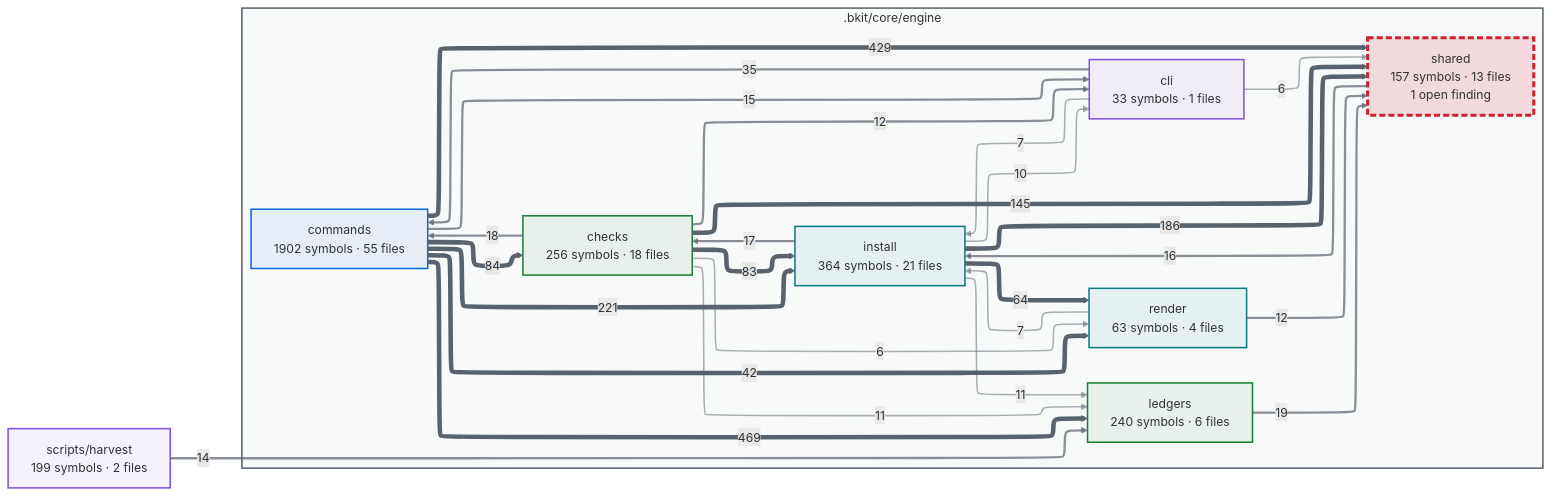
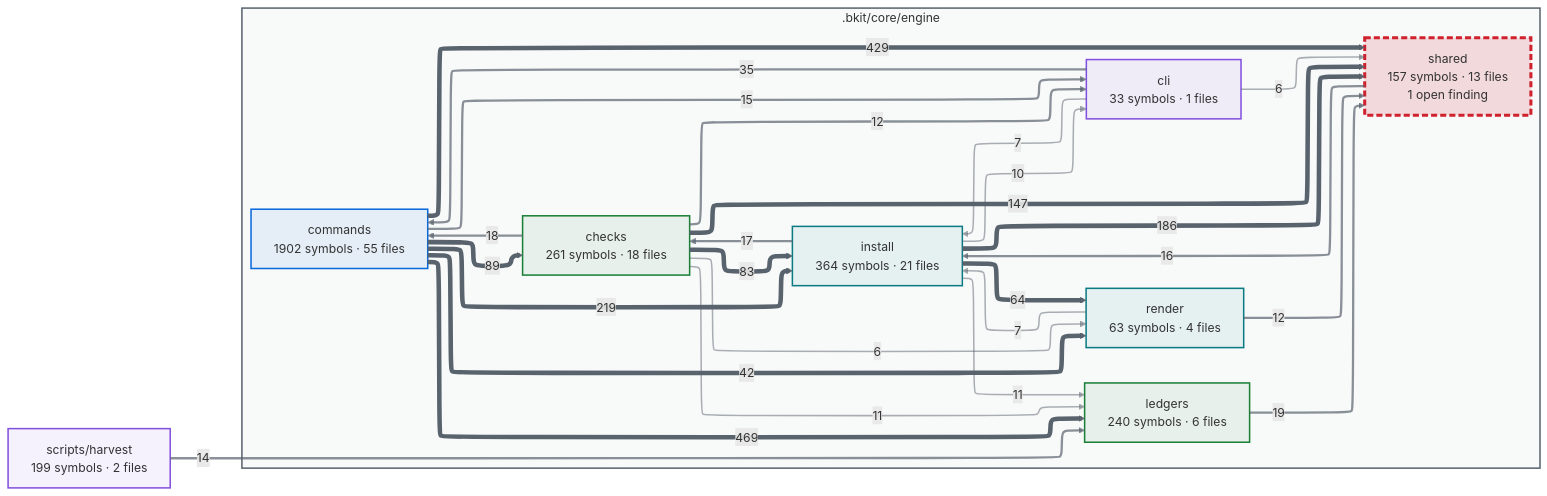
Before and after one commit to cbartens/bkit: the first of 2 diagrams in docs/capabilities.md, drawn with Mermaid. The commit also changed other lines of this file and 163 other files, not shown here.

````diff
--- a/docs/capabilities.md
+++ b/docs/capabilities.md
@@ -154,80 +154,80 @@
 ```mermaid
 ---
 config:
   layout: elk
   themeCSS: "marker { overflow: visible; } marker path { transform: scale(1.8); transform-origin: 5px 5px; }"
   flowchart:
     useMaxWidth: false
 ---
 flowchart LR
   %% Generated by bkit-graphify-rollup.py — do not edit
   subgraph gn_bkit_core_engine[".bkit/core/engine"]
-    n_bkit_core_engine_checks["checks<br/>256 symbols · 18 files"]
+    n_bkit_core_engine_checks["checks<br/>261 symbols · 18 files"]
     n_bkit_core_engine_cli["cli<br/>33 symbols · 1 files"]
     n_bkit_core_engine_commands["commands<br/>1902 symbols · 55 files"]
     n_bkit_core_engine_install["install<br/>364 symbols · 21 files"]
     n_bkit_core_engine_ledgers["ledgers<br/>240 symbols · 6 files"]
     n_bkit_core_engine_render["render<br/>63 symbols · 4 files"]
     n_bkit_core_engine_shared["shared<br/>157 symbols · 13 files<br/>1 open finding"]
   end
   nscripts_harvest["scripts/harvest<br/>199 symbols · 2 files"]
   n_bkit_core_engine_commands -->|469| n_bkit_core_engine_ledgers
   n_bkit_core_engine_commands -->|429| n_bkit_core_engine_shared
-  n_bkit_core_engine_commands -->|221| n_bkit_core_engine_install
+  n_bkit_core_engine_commands -->|219| n_bkit_core_engine_install
   n_bkit_core_engine_install -->|186| n_bkit_core_engine_shared
-  n_bkit_core_engine_checks -->|145| n_bkit_core_engine_shared
-  n_bkit_core_engine_commands -->|84| n_bkit_core_engine_checks
+  n_bkit_core_engine_checks -->|147| n_bkit_core_engine_shared
+  n_bkit_core_engine_commands -->|89| n_bkit_core_engine_checks
   n_bkit_core_engine_checks -->|83| n_bkit_core_engine_install
   n_bkit_core_engine_install -->|64| n_bkit_core_engine_render
   n_bkit_core_engine_commands -->|42| n_bkit_core_engine_render
   n_bkit_core_engine_cli -->|35| n_bkit_core_engine_commands
   n_bkit_core_engine_ledgers -->|19| n_bkit_core_engine_shared
   n_bkit_core_engine_checks -->|18| n_bkit_core_engine_commands
   n_bkit_core_engine_install -->|17| n_bkit_core_engine_checks
   n_bkit_core_engine_shared -->|16| n_bkit_core_engine_install
   n_bkit_core_engine_commands -->|15| n_bkit_core_engine_cli
   nscripts_harvest -->|14| n_bkit_core_engine_ledgers
   n_bkit_core_engine_checks -->|12| n_bkit_core_engine_cli
   n_bkit_core_engine_render -->|12| n_bkit_core_engine_shared
   n_bkit_core_engine_checks -->|11| n_bkit_core_engine_ledgers
   n_bkit_core_engine_install -->|11| n_bkit_core_engine_ledgers
   n_bkit_core_engine_install -->|10| n_bkit_core_engine_cli
   n_bkit_core_engine_cli -->|7| n_bkit_core_engine_install
   n_bkit_core_engine_render -->|7| n_bkit_core_engine_install
   n_bkit_core_engine_checks -->|6| n_bkit_core_engine_render
   n_bkit_core_engine_cli -->|6| n_bkit_core_engine_shared
   style gn_bkit_core_engine fill:#59636e0a,stroke:#59636e,stroke-width:2px
   style n_bkit_core_engine_checks stroke:#1a7f37,stroke-width:2px,fill:#1a7f3714
   style n_bkit_core_engine_cli stroke:#8250df,stroke-width:2px,fill:#8250df14
   style n_bkit_core_engine_commands stroke:#0969da,stroke-width:2px,fill:#0969da14
   style n_bkit_core_engine_install stroke:#0a7b83,stroke-width:2px,fill:#0a7b8314
   style n_bkit_core_engine_ledgers stroke:#1a7f37,stroke-width:2px,fill:#1a7f3714
   style n_bkit_core_engine_render stroke:#0a7b83,stroke-width:2px,fill:#0a7b8314
   style n_bkit_core_engine_shared stroke:#cf222e,stroke-width:4px,stroke-dasharray:8 4,fill:#cf222e26
   style nscripts_harvest stroke:#8250df,stroke-width:2px,fill:#8250df14
   linkStyle 0 stroke:#59636e,stroke-width:6px
   linkStyle 1 stroke:#59636e,stroke-width:6px
   linkStyle 2 stroke:#59636e,stroke-width:6px
   linkStyle 3 stroke:#59636e,stroke-width:6px
   linkStyle 4 stroke:#59636e,stroke-width:6px
   linkStyle 5 stroke:#59636e,stroke-width:6px
   linkStyle 6 stroke:#59636e,stroke-width:6px
   linkStyle 7 stroke:#59636e,stroke-width:6px
   linkStyle 8 stroke:#59636e,stroke-width:6px
   linkStyle 9 stroke:#59636eb3,stroke-width:3px
   linkStyle 10 stroke:#59636eb3,stroke-width:3px
   linkStyle 11 stroke:#59636eb3,stroke-width:3px
   linkStyle 12 stroke:#59636eb3,stroke-width:3px
   linkStyle 13 stroke:#59636eb3,stroke-width:3px
   linkStyle 14 stroke:#59636eb3,stroke-width:3px
   linkStyle 15 stroke:#59636eb3,stroke-width:3px
   linkStyle 16 stroke:#59636eb3,stroke-width:3px
   linkStyle 17 stroke:#59636eb3,stroke-width:3px
   linkStyle 18 stroke:#59636e80,stroke-width:2px
   linkStyle 19 stroke:#59636e80,stroke-width:2px
   linkStyle 20 stroke:#59636e80,stroke-width:2px
   linkStyle 21 stroke:#59636e80,stroke-width:2px
   linkStyle 22 stroke:#59636e80,stroke-width:2px
   linkStyle 23 stroke:#59636e80,stroke-width:2px
   linkStyle 24 stroke:#59636e80,stroke-width:2px
 ```
````
